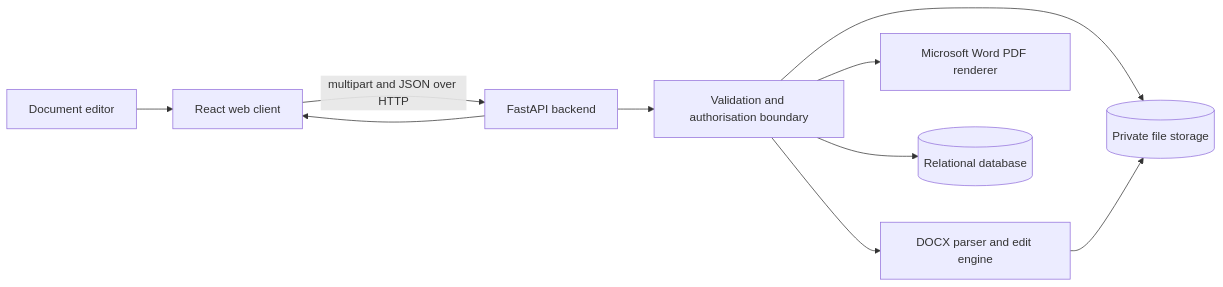
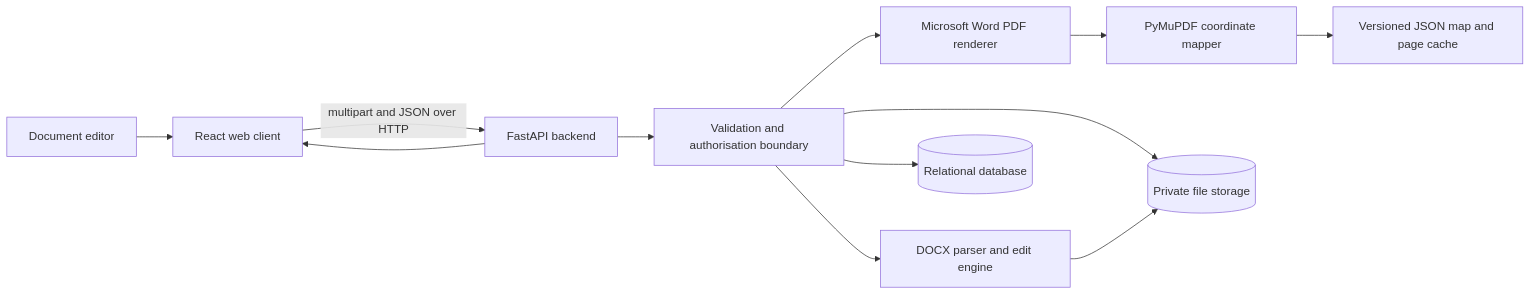
Before and after one commit to DeanFeldman/DocSync: the first of 4 diagrams in docs/architecture.md, drawn with Mermaid. The commit also changed other lines of this file and 26 other files, not shown here.

````diff
--- a/docs/architecture.md
+++ b/docs/architecture.md
@@ -3,12 +3,14 @@
 ```mermaid
 flowchart LR
     U[Document editor] --> W[React web client]
     W -->|multipart and JSON over HTTP| A[FastAPI backend]
     A --> V[Validation and authorisation boundary]
     V --> P[DOCX parser and edit engine]
     V --> R[Microsoft Word PDF renderer]
+    R --> M[PyMuPDF coordinate mapper]
+    M --> C[Versioned JSON map and page cache]
     V --> D[(Relational database)]
     V --> S[(Private file storage)]
     P --> S
     A --> W
 ```
````
